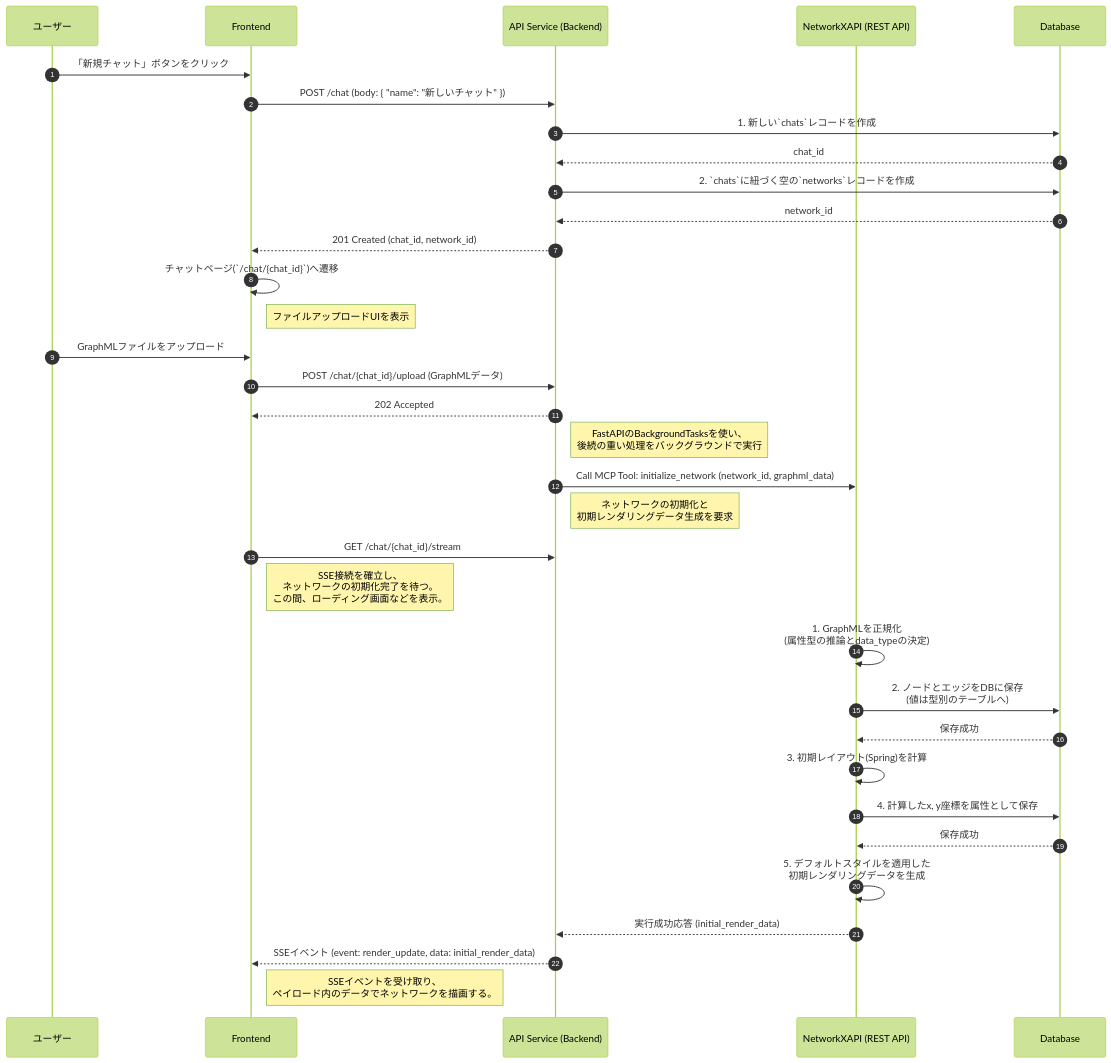
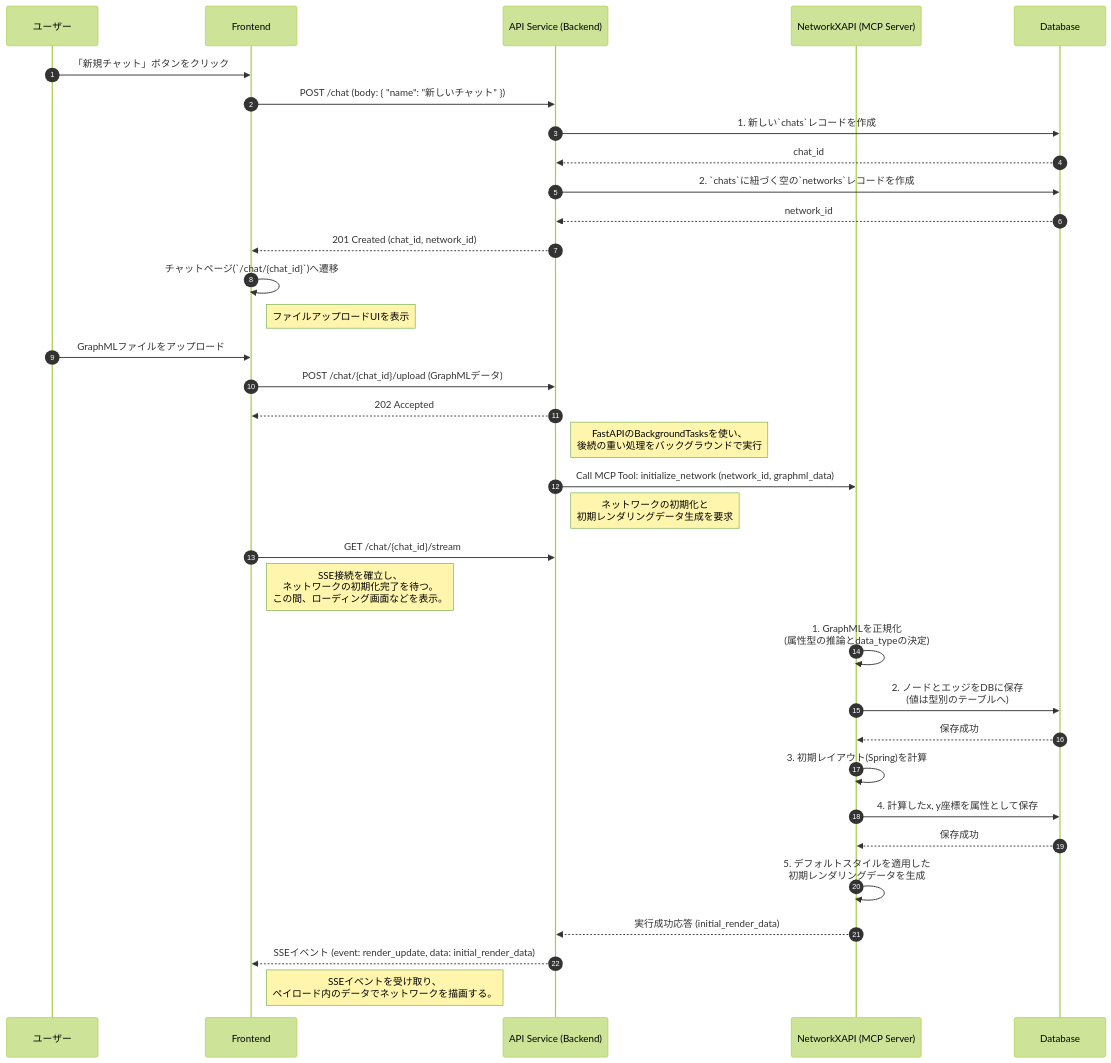
Before and after one commit to vdslab/LLMGraphvis: the first of 9 diagrams in specification/2_Technical_Details/6_Core_Workflows.md, drawn with Mermaid (forest theme). The commit also changed other lines of this file and 1 other file, not shown here.

Commit message:
docs: Update NetworkX API and Core Workflows documentation.

````diff
--- a/specification/2_Technical_Details/6_Core_Workflows.md
+++ b/specification/2_Technical_Details/6_Core_Workflows.md
@@ -22,48 +22,48 @@
 ```mermaid
 sequenceDiagram
     autonumber
     participant U as ユーザー
     participant F as Frontend
     participant B as API Service (Backend)
-    participant N as NetworkXAPI (REST API)
+    participant N as NetworkXAPI (MCP Server)
     participant DB as Database
 
     %% Step 1: User creates a new chat
     U->>F: 「新規チャット」ボタンをクリック
     F->>B: POST /chat (body: { "name": "新しいチャット" })
     B->>DB: 1. 新しい`chats`レコードを作成
     DB-->>B: chat_id
     B->>DB: 2. `chats`に紐づく空の`networks`レコードを作成
     DB-->>B: network_id
     B-->>F: 201 Created (chat_id, network_id)
 
     %% Step 2: Frontend navigates and user uploads a file
     F->>F: チャットページ(`/chat/{chat_id}`)へ遷移
     note right of F: ファイルアップロードUIを表示
     U->>F: GraphMLファイルをアップロード
     F->>B: POST /chat/{chat_id}/upload (GraphMLデータ)
 
     %% Step 3: Backend accepts the request and starts background task
     B-->>F: 202 Accepted
     note right of B: FastAPIのBackgroundTasksを使い、<br/>後続の重い処理をバックグラウンドで実行
     B->>N: Call MCP Tool: initialize_network (network_id, graphml_data)
     note right of B: ネットワークの初期化と<br/>初期レンダリングデータ生成を要求
 
     %% Step 4: Frontend waits for SSE event
     F->>B: GET /chat/{chat_id}/stream
     note right of F: SSE接続を確立し、<br/>ネットワークの初期化完了を待つ。<br/>この間、ローディング画面などを表示。
 
     %% Step 5: Background processing in NetworkXAPI
     N->>N: 1. GraphMLを正規化<br/>(属性型の推論とdata_typeの決定)
     N->>DB: 2. ノードとエッジをDBに保存<br/>(値は型別のテーブルへ)
     DB-->>N: 保存成功
     N->>N: 3. 初期レイアウト(Spring)を計算
     N->>DB: 4. 計算したx, y座標を属性として保存
     DB-->>N: 保存成功
     N->>N: 5. デフォルトスタイルを適用した<br/>初期レンダリングデータを生成
     N-->>B: 実行成功応答 (initial_render_data)
 
     %% Step 6: Backend forwards the initial data via SSE
     B-->>F: SSEイベント (event: render_update, data: initial_render_data)
     note right of F: SSEイベントを受け取り、<br/>ペイロード内のデータでネットワークを描画する。
 ```
````
